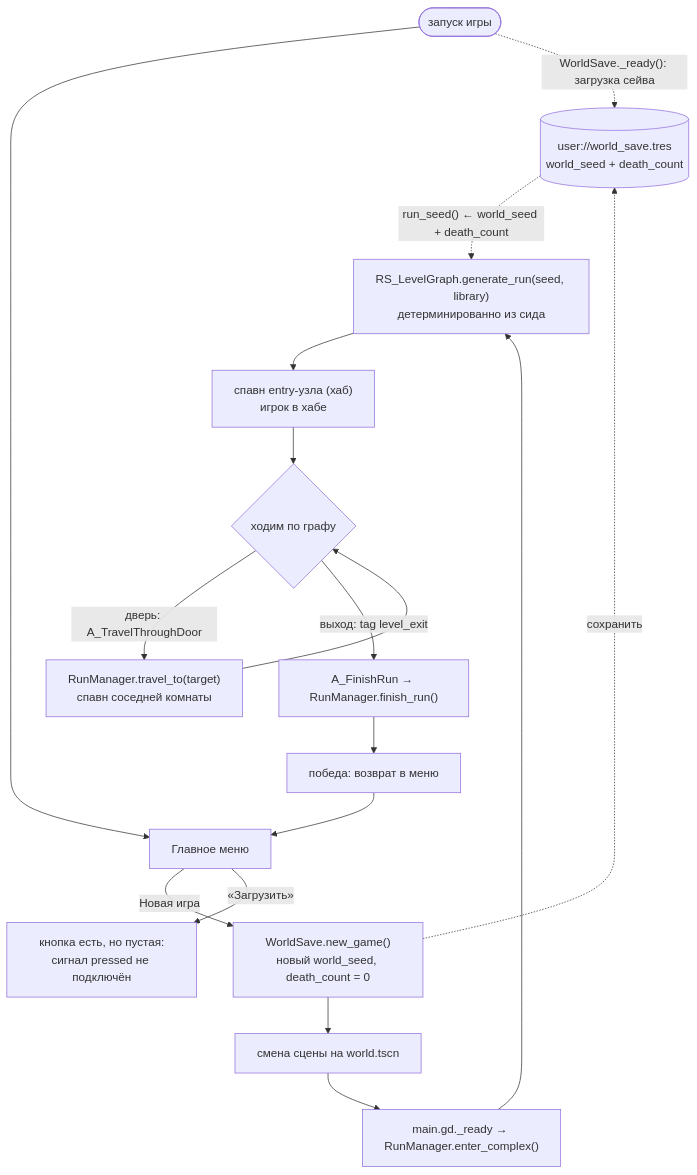
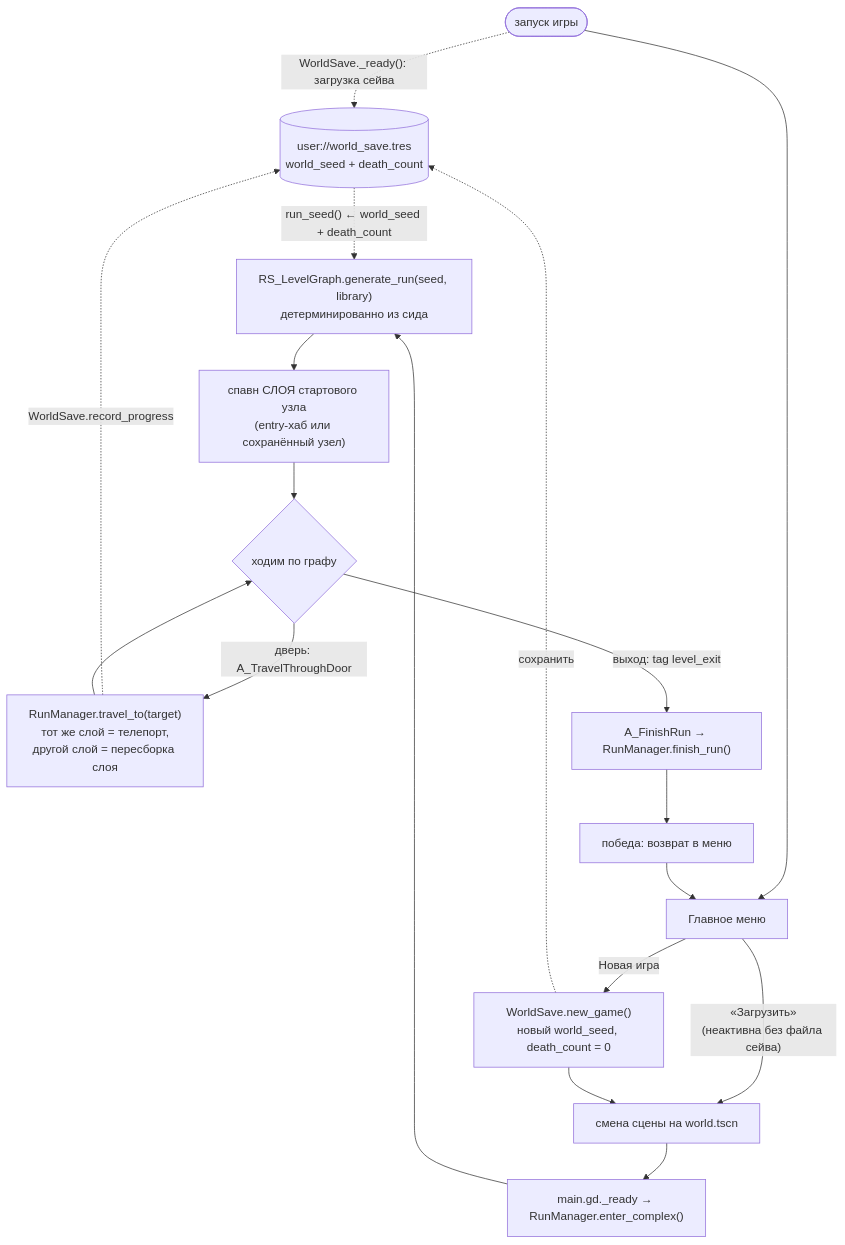
One commit to Manshooo/astral-genesis changed the diagram in docs/astral-genesis/how-to/Цикл забега.md. Above: the diagram before and after it, drawn with Mermaid. The commit also changed other lines of this file and 39 other files, not shown here.

````diff
--- a/docs/astral-genesis/how-to/Цикл забега.md
+++ b/docs/astral-genesis/how-to/Цикл забега.md
@@ -8,25 +8,26 @@
 ```mermaid
 flowchart TD
     save[("user://world_save.tres<br/>world_seed + death_count")]
 
     boot(["запуск игры"]) --> menu["Главное меню"]
     boot -.->|"WorldSave._ready(): загрузка сейва"| save
 
     menu -->|"Новая игра"| newgame["WorldSave.new_game()<br/>новый world_seed, death_count = 0"]
     newgame -.->|"сохранить"| save
-    menu -->|"«Загрузить»"| loadstub["кнопка есть, но пустая:<br/>сигнал pressed не подключён"]
+    menu -->|"«Загрузить»<br/>(неактивна без файла сейва)"| scene
 
     newgame --> scene["смена сцены на world.tscn"]
     scene --> ready["main.gd._ready → RunManager.enter_complex()"]
     save -.->|"run_seed() ← world_seed + death_count"| gen
     ready --> gen["RS_LevelGraph.generate_run(seed, library)<br/>детерминированно из сида"]
-    gen --> spawn["спавн entry-узла (хаб)<br/>игрок в хабе"]
+    gen --> spawn["спавн СЛОЯ стартового узла<br/>(entry-хаб или сохранённый узел)"]
     spawn --> loop{"ходим по графу"}
 
-    loop -->|"дверь: A_TravelThroughDoor"| travel["RunManager.travel_to(target)<br/>спавн соседней комнаты"]
+    loop -->|"дверь: A_TravelThroughDoor"| travel["RunManager.travel_to(target)<br/>тот же слой = телепорт,<br/>другой слой = пересборка слоя"]
+    travel -.->|"WorldSave.record_progress"| save
     travel --> loop
 
     loop -->|"выход: tag level_exit"| finish["A_FinishRun → RunManager.finish_run()"]
     finish --> win["победа: возврат в меню"]
     win --> menu
 ```
````
